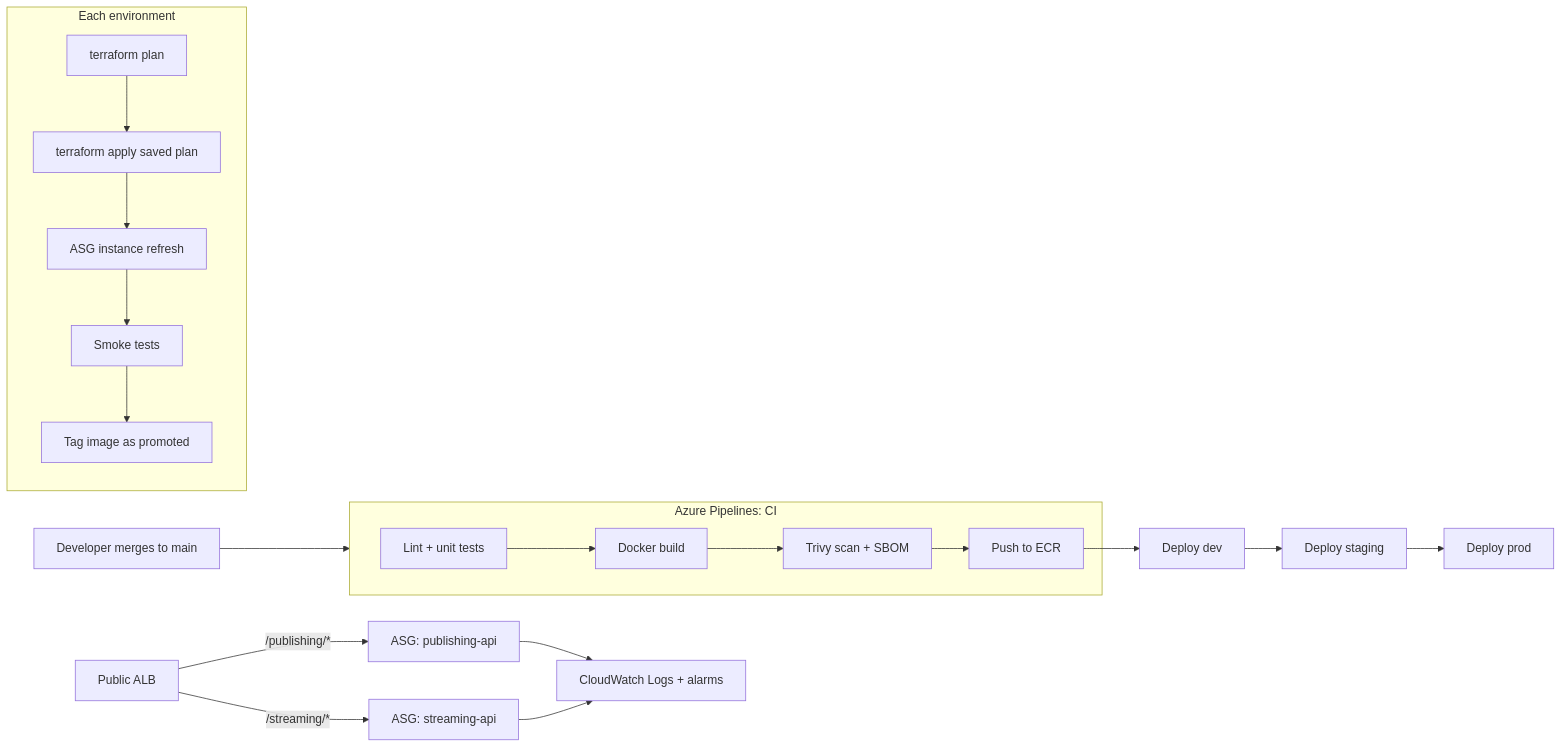
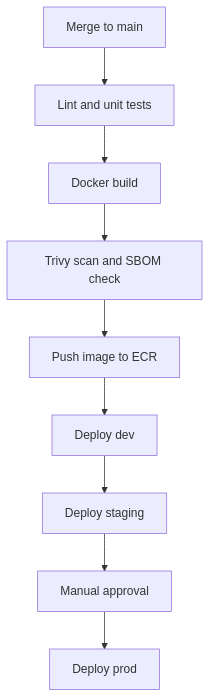
The first of 3 diagrams in README.md (rahulnavi26/media-granite-grid-aws-devops), drawn with Mermaid before and after one commit. The commit also changed other lines of this file, not shown here.

Commit message:
Enhance README with architecture flowcharts
Updated architecture section with detailed release pipeline and environment flowcharts.

````diff
--- a/README.md
+++ b/README.md
@@ -9,19 +11,11 @@
 ```mermaid
-flowchart LR
-    Dev[Developer merges to main] --> CI
-
-    subgraph CI [Azure Pipelines: CI]
-        T[Lint + unit tests] --> B[Docker build] --> S[Trivy scan + SBOM] --> P[Push to ECR]
-    end
-
-    P --> D1[Deploy dev] --> D2[Deploy staging] --> D3[Deploy prod]
-
-    subgraph ENV [Each environment]
-        PL[terraform plan] --> AP[terraform apply saved plan] --> IR[ASG instance refresh] --> SM[Smoke tests] --> PR[Tag image as promoted]
-    end
-
-    ALB[Public ALB] -->|/publishing/*| ASG1[ASG: publishing-api]
-    ALB -->|/streaming/*| ASG2[ASG: streaming-api]
-    ASG1 --> CW[CloudWatch Logs + alarms]
-    ASG2 --> CW
+flowchart TD
+    A[Merge to main] --> B[Lint and unit tests]
+    B --> C[Docker build]
+    C --> D[Trivy scan and SBOM check]
+    D --> E[Push image to ECR]
+    E --> F[Deploy dev]
+    F --> G[Deploy staging]
+    G --> H[Manual approval]
+    H --> I[Deploy prod]
 ```
````
